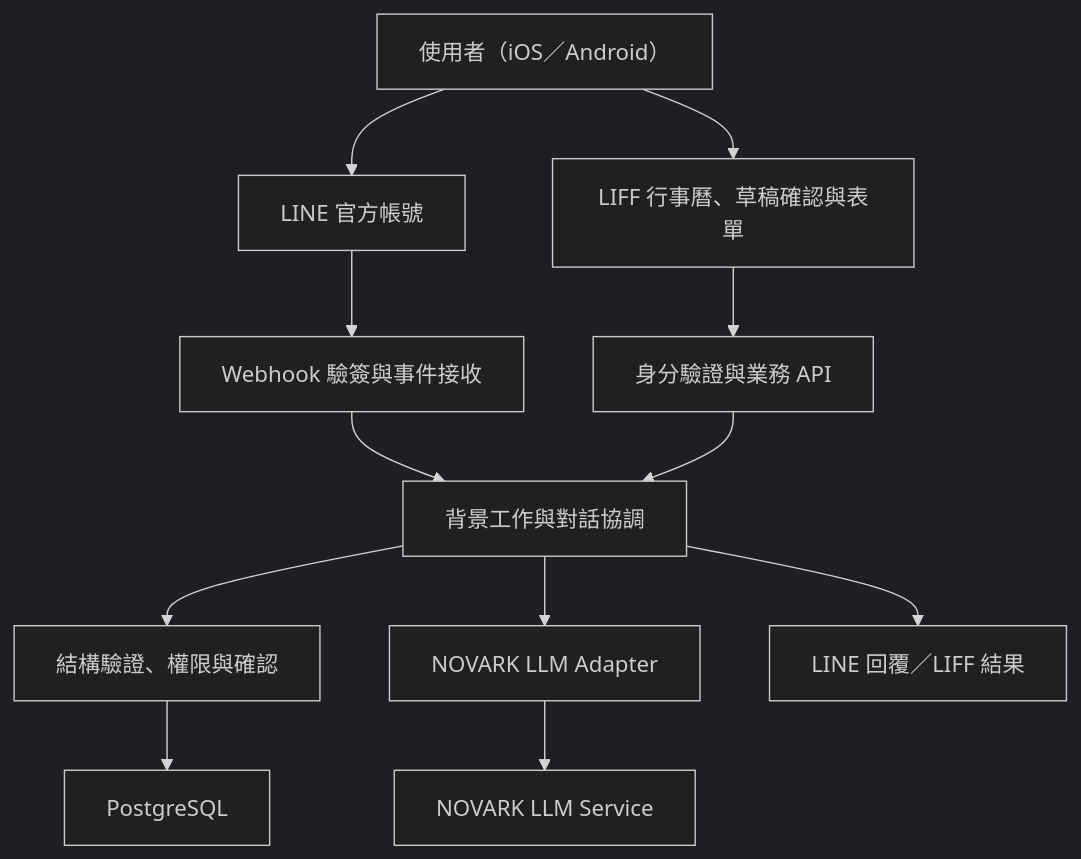
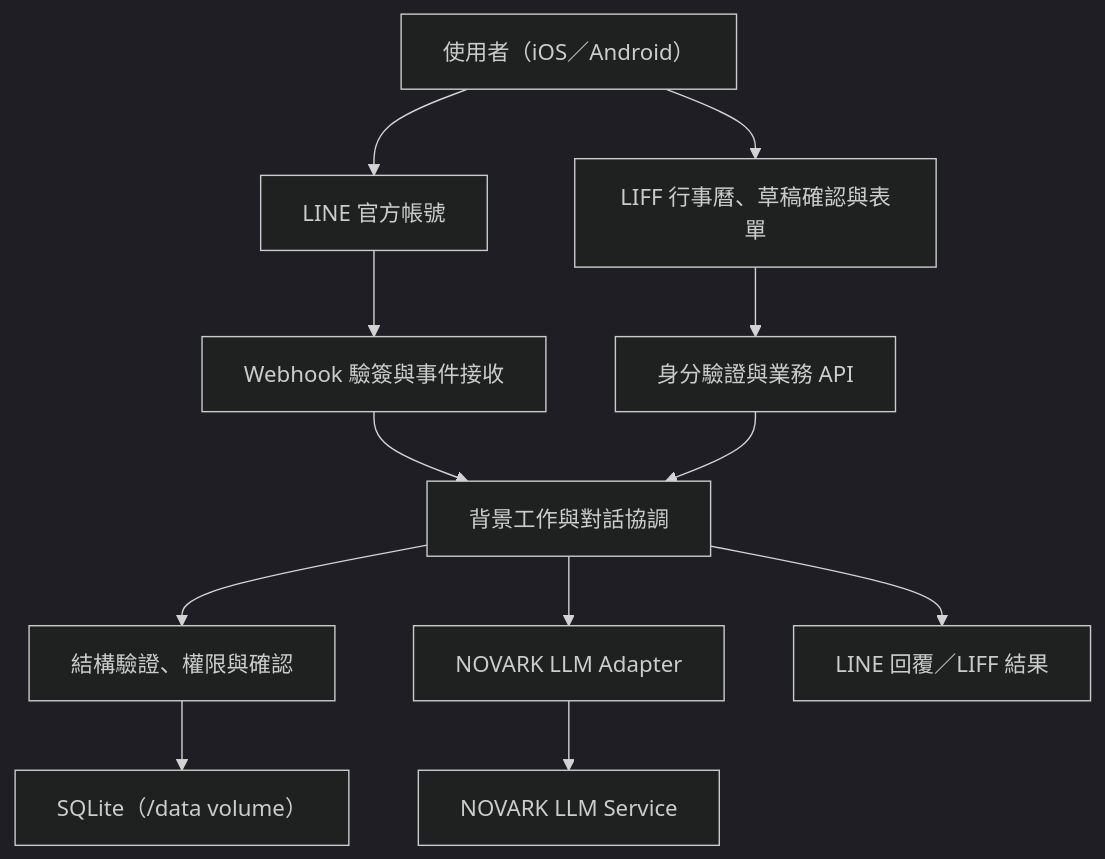
One commit to kk714/liff-schedule changed the first of 2 diagrams in docs/LINE_LIFF_Schedule_System_Design_v1.2.md. Above: the diagram before and after it, drawn with Mermaid (dark theme). The commit also changed other lines of this file and 19 other files, not shown here.

````diff
--- a/docs/LINE_LIFF_Schedule_System_Design_v1.2.md
+++ b/docs/LINE_LIFF_Schedule_System_Design_v1.2.md
@@ -53,14 +54,14 @@
 ```mermaid
 flowchart TD
   U["使用者（iOS／Android）"] --> OA["LINE 官方帳號"]
   U --> LIFF["LIFF 行事曆、草稿確認與表單"]
   OA --> IN["Webhook 驗簽與事件接收"]
   LIFF --> API["身分驗證與業務 API"]
   IN --> JOB["背景工作與對話協調"]
   API --> JOB
   JOB --> RULE["結構驗證、權限與確認"]
   JOB --> AD["NOVARK LLM Adapter"]
   AD --> NOV["NOVARK LLM Service"]
-  RULE --> DB["PostgreSQL"]
+  RULE --> DB["SQLite（/data volume）"]
   JOB --> OUT["LINE 回覆／LIFF 結果"]
 ```
````
